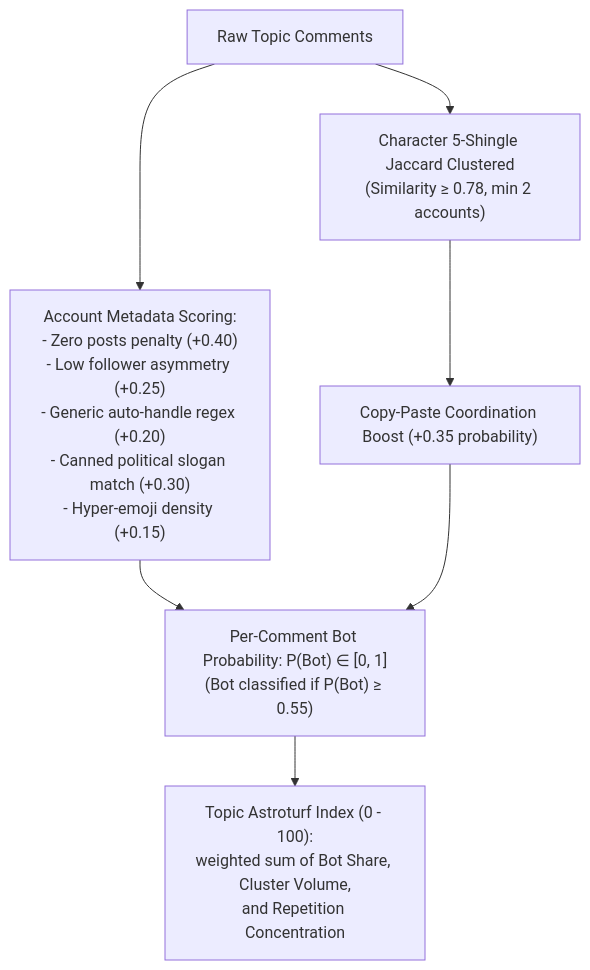
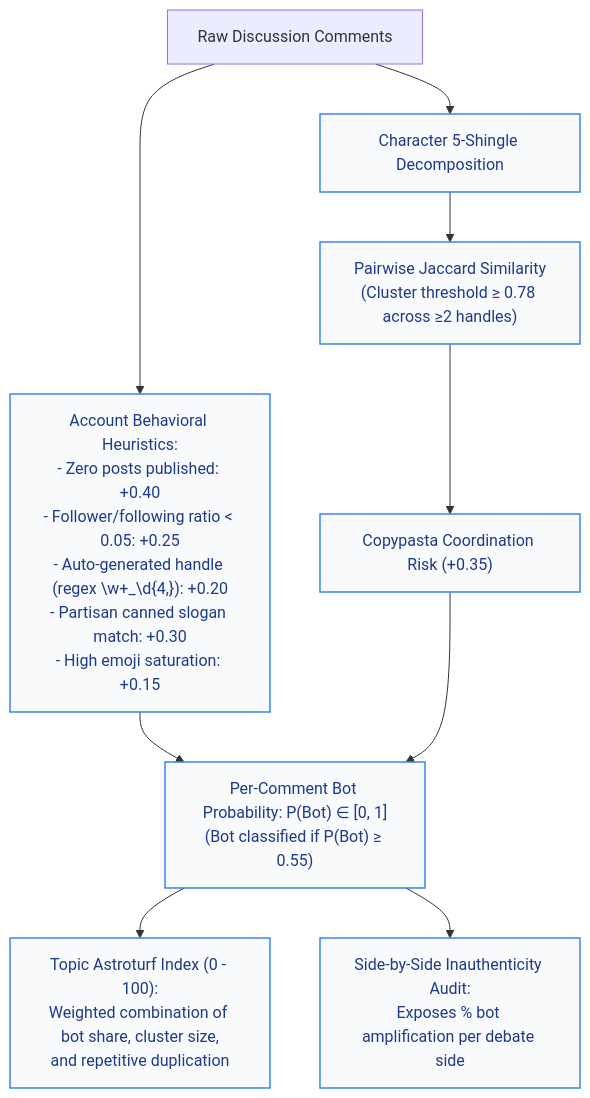
The tenth of 18 diagrams in docs/ARCHITECTURE.md (shankha06/identify-what-matters), drawn with Mermaid before and after one commit. The commit also changed other lines of this file and 21 other files, not shown here.

````diff
--- a/docs/ARCHITECTURE.md
+++ b/docs/ARCHITECTURE.md
@@ -321,10 +486,15 @@
 ```mermaid
 flowchart TD
-    RAW_COMM["Raw Topic Comments"] --> CLUST["Character 5-Shingle Jaccard Clustered<br/>(Similarity &ge; 0.78, min 2 accounts)"]
-    CLUST --> CUST_BOOST["Copy-Paste Coordination Boost (+0.35 probability)"]
-    
-    RAW_COMM --> ACCT_METRICS["Account Metadata Scoring:<br/>- Zero posts penalty (+0.40)<br/>- Low follower asymmetry (+0.25)<br/>- Generic auto-handle regex (+0.20)<br/>- Canned political slogan match (+0.30)<br/>- Hyper-emoji density (+0.15)"]
-    
-    ACCT_METRICS & CUST_BOOST --> P_BOT["Per-Comment Bot Probability: P(Bot) &in; [0, 1]<br/>(Bot classified if P(Bot) &ge; 0.55)"]
-    P_BOT --> METRIC_AGG["Topic Astroturf Index (0 - 100):<br/>weighted sum of Bot Share, Cluster Volume,<br/>and Repetition Concentration"]
+    RAW_C["Raw Discussion Comments"] --> SHINGLING["Character 5-Shingle Decomposition"]
+    SHINGLING --> JACCARD["Pairwise Jaccard Similarity<br/>(Cluster threshold &ge; 0.78 across &ge;2 handles)"]
+    JACCARD --> COPY_BOOST["Copypasta Coordination Risk (+0.35)"]
+
+    RAW_C --> META["Account Behavioral Heuristics:<br/>- Zero posts published: +0.40<br/>- Follower/following ratio < 0.05: +0.25<br/>- Auto-generated handle (regex \w+_\d{4,}): +0.20<br/>- Partisan canned slogan match: +0.30<br/>- High emoji saturation: +0.15"]
+
+    META & COPY_BOOST --> P_BOT["Per-Comment Bot Probability: P(Bot) &in; [0, 1]<br/>(Bot classified if P(Bot) &ge; 0.55)"]
+    P_BOT --> TOPIC_ASTRO["Topic Astroturf Index (0 - 100):<br/>Weighted combination of bot share, cluster size,<br/>and repetitive duplication"]
+    P_BOT --> SIDE_AUDIT["Side-by-Side Inauthenticity Audit:<br/>Exposes % bot amplification per debate side"]
+
+    classDef compStyle fill:#f8fafc,stroke:#3b82f6,stroke-width:1.5px,color:#1e3a8a;
+    class SHINGLING,JACCARD,COPY_BOOST,META,P_BOT,TOPIC_ASTRO,SIDE_AUDIT compStyle;
 ```
````
